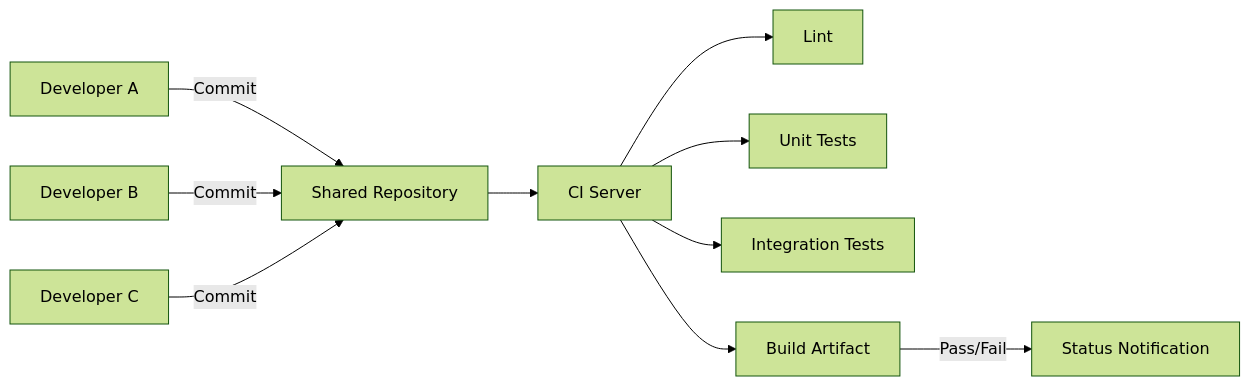
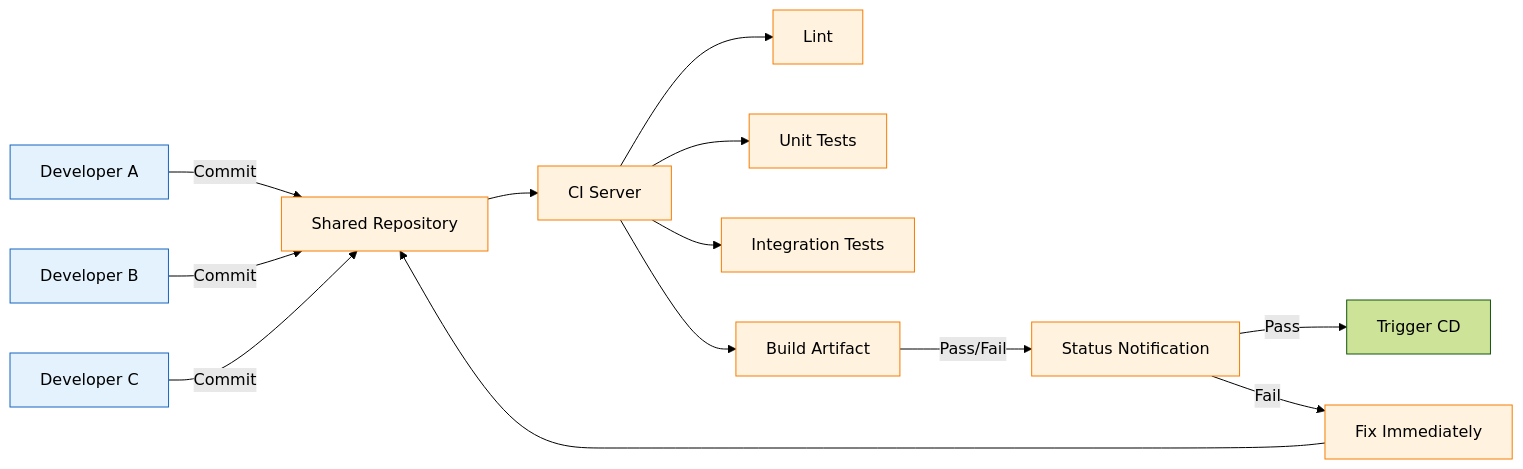
The second of 6 diagrams in docs/courses/software-engineering/12-devops-cicd.md (Raushan666java/ai-engineering-journey), drawn with Mermaid (forest theme) before and after one commit. The commit also changed other lines of this file and 15 other files, not shown here.

Commit message:
deploy: software-engineering overhaul - 16 chapters expanded to avg 1284L (+7649L), richer Mermaid, more TS, deeper content

````diff
--- a/docs/courses/software-engineering/12-devops-cicd.md
+++ b/docs/courses/software-engineering/12-devops-cicd.md
@@ -53,12 +76,20 @@
 ```mermaid
 graph LR
     DEV1[Developer A] -->|Commit| REPO[Shared Repository]
     DEV2[Developer B] -->|Commit| REPO
     DEV3[Developer C] -->|Commit| REPO
     REPO --> CI_BUILD[CI Server]
     CI_BUILD --> LINT[Lint]
-    CI_BUILD --> TEST[Unit Tests]
+    CI_BUILD --> UNIT[Unit Tests]
     CI_BUILD --> INTEG[Integration Tests]
     CI_BUILD --> BUILD[Build Artifact]
     BUILD -->|Pass/Fail| STATUS[Status Notification]
+    STATUS -->|Pass| DEPLOY_TRIGGER[Trigger CD]
+    STATUS -->|Fail| FIX[Fix Immediately]
+    FIX --> REPO
+    
+    classDef dev fill:#e3f2fd,stroke:#1565c0
+    classDef ci fill:#fff3e0,stroke:#f57c00
+    class STAT,REPO,CI_BUILD,LINT,UNIT,INTEG,BUILD,STATUS,FIX ci
+    class DEV1,DEV2,DEV3 dev
 ```
````
